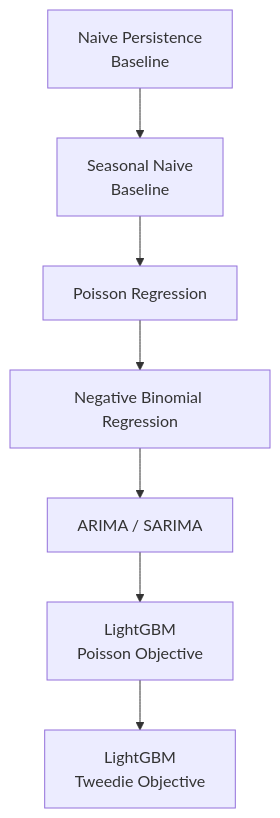
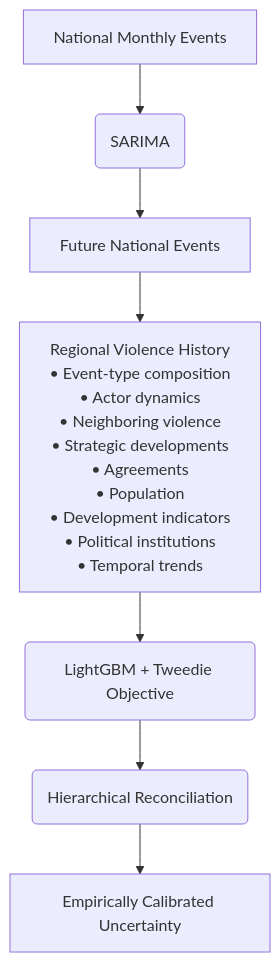
One commit to HtetPaing88/Forecasting-Political-Violence-in-Myanmar-Using-Python changed the second of 2 diagrams in README.md. Above: the diagram before and after it, drawn with Mermaid. The commit also changed other lines of this file, not shown here.

First line of the commit message:
Add flowcharts for model comparison in README

````diff
--- a/README.md
+++ b/README.md
@@ -807,9 +589,20 @@
 ```mermaid
 flowchart TD
-    A["Naive Persistence<br/>Baseline"] --> B["Seasonal Naive<br/>Baseline"]
-    B --> C["Poisson Regression"]
-    C --> D["Negative Binomial Regression"]
-    D --> E["ARIMA / SARIMA"]
-    E --> F["LightGBM<br/>Poisson Objective"]
-    F --> G["LightGBM<br/>Tweedie Objective"]
+    A[National Monthly Events] --> B(SARIMA)
+    B --> C[Future National Events]
+
+    C --> D[Regional Violence History
+            • Event-type composition
+            • Actor dynamics
+            • Neighboring violence
+            • Strategic developments
+            • Agreements
+            • Population
+            • Development indicators
+            • Political institutions
+            • Temporal trends]
+
+    D --> E(LightGBM + Tweedie Objective)
+    E --> F(Hierarchical Reconciliation)
+    F --> G[Empirically Calibrated Uncertainty]
 ```
````
